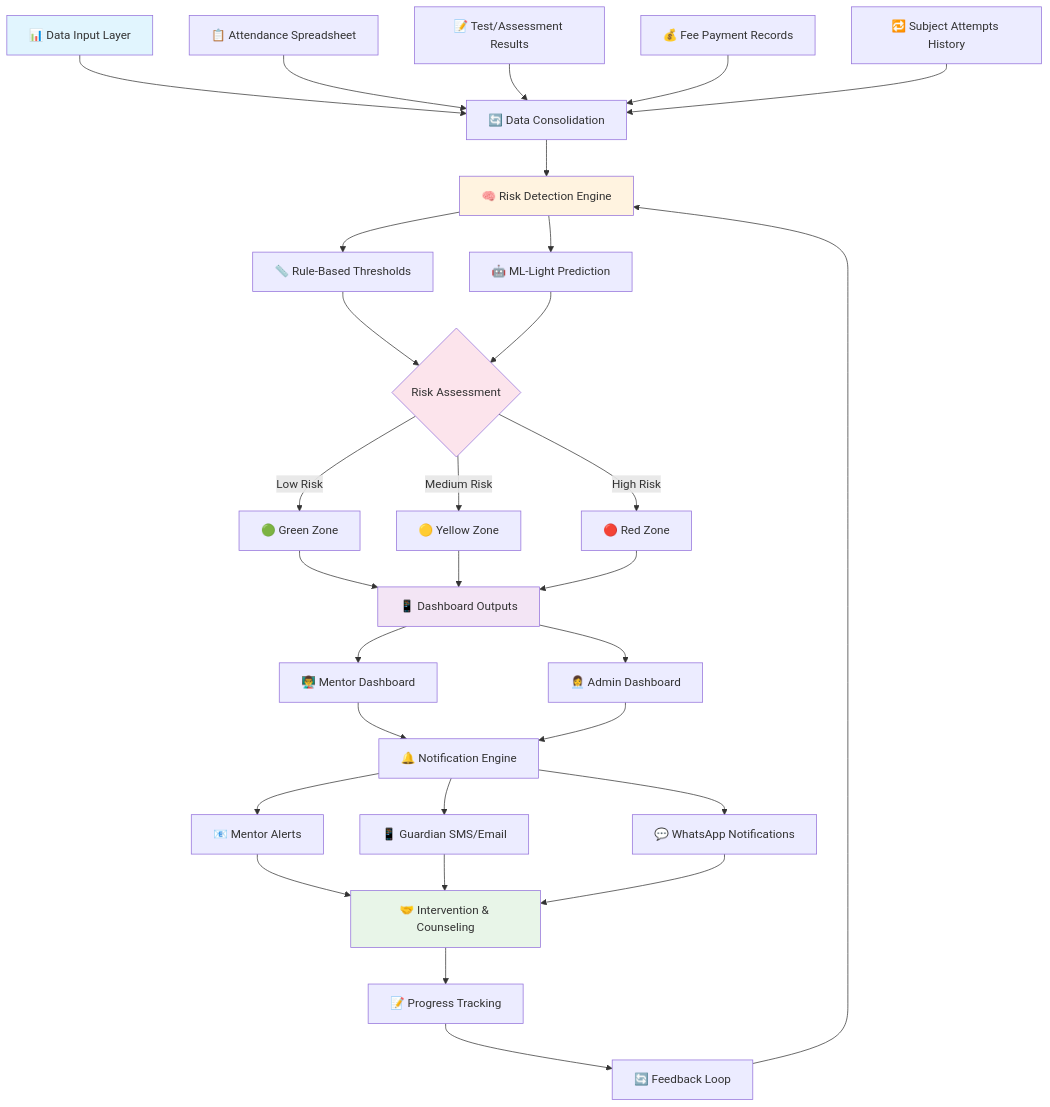
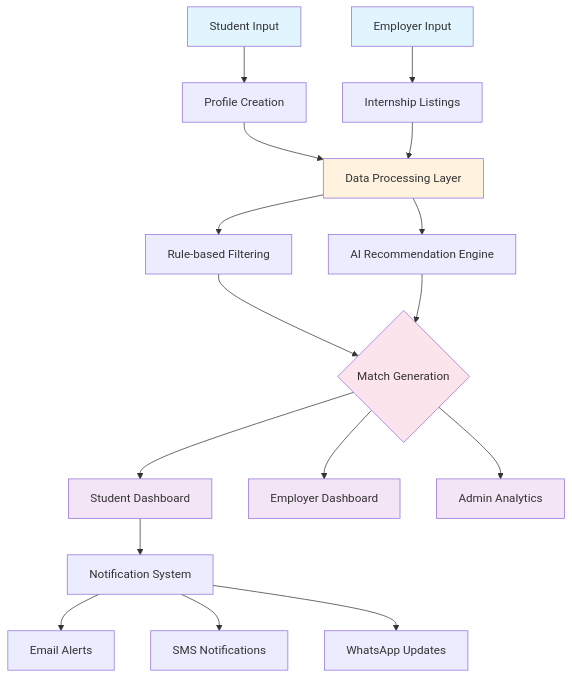
The diagram in README.md (Jay1425/InternGeniusDeploy), drawn with Mermaid before and after one commit. The commit also changed other lines of this file, not shown here.

````diff
--- a/README.md
+++ b/README.md
@@ -24,47 +48,32 @@
 ```mermaid
 flowchart TD
-    A[📊 Data Input Layer] --> B[🔄 Data Consolidation]
-    A1[📋 Attendance Spreadsheet] --> B
-    A2[📝 Test/Assessment Results] --> B
-    A3[💰 Fee Payment Records] --> B
-    A4[🔁 Subject Attempts History] --> B
+    A[Student Input] --> B[Profile Creation]
+    C[Employer Input] --> D[Internship Listings]
     
-    B --> C[🧠 Risk Detection Engine]
-    C --> D[📏 Rule-Based Thresholds]
-    C --> E[🤖 ML-Light Prediction]
+    B --> E[Data Processing Layer]
+    D --> E
     
-    D --> F{Risk Assessment}
-    E --> F
+    E --> F[Rule-based Filtering]
+    E --> G[AI Recommendation Engine]
     
-    F -->|Low Risk| G1[🟢 Green Zone]
-    F -->|Medium Risk| G2[🟡 Yellow Zone] 
-    F -->|High Risk| G3[🔴 Red Zone]
+    F --> H{Match Generation}
+    G --> H
     
-    G1 --> H[📱 Dashboard Outputs]
-    G2 --> H
-    G3 --> H
+    H --> I[Student Dashboard]
+    H --> J[Employer Dashboard]
+    H --> K[Admin Analytics]
     
-    H --> I1[👨‍🏫 Mentor Dashboard]
-    H --> I2[👩‍💼 Admin Dashboard]
+    I --> L[Notification System]
     
-    I1 --> J[🔔 Notification Engine]
-    I2 --> J
-    
-    J --> K1[📧 Mentor Alerts]
-    J --> K2[📱 Guardian SMS/Email]
-    J --> K3[💬 WhatsApp Notifications]
-    
-    K1 --> L[🤝 Intervention & Counseling]
-    K2 --> L
-    K3 --> L
-    
-    L --> M[📝 Progress Tracking]
-    M --> N[🔄 Feedback Loop]
-    N --> C
+    L --> M[Email Alerts]
+    L --> N[SMS Notifications]
+    L --> O[WhatsApp Updates]
     
     style A fill:#e1f5fe
-    style C fill:#fff3e0
-    style F fill:#fce4ec
-    style H fill:#f3e5f5
-    style L fill:#e8f5e8
+    style C fill:#e1f5fe
+    style E fill:#fff3e0
+    style H fill:#fce4ec
+    style I fill:#f3e5f5
+    style J fill:#f3e5f5
+    style K fill:#f3e5f5
 ```
````
